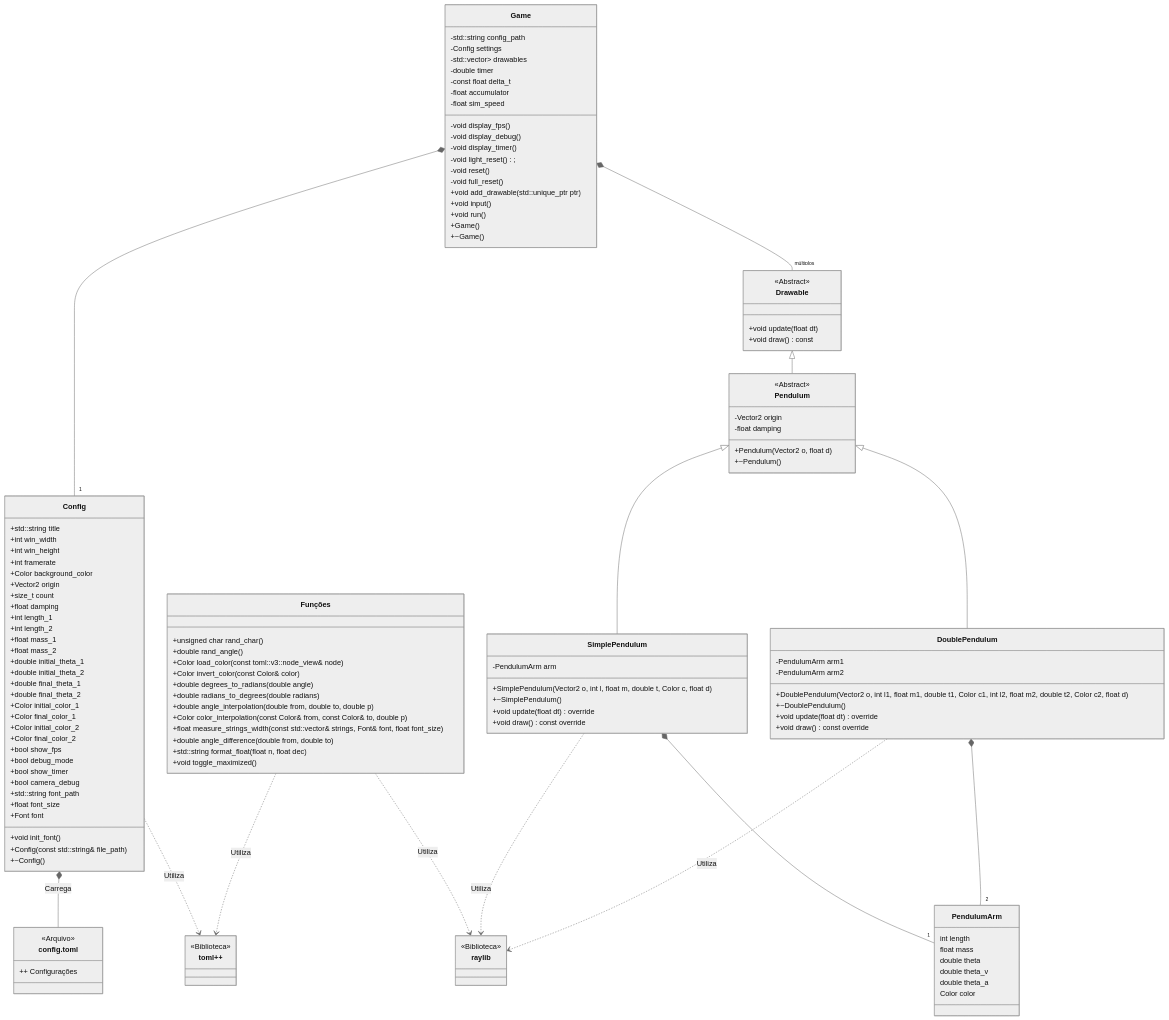
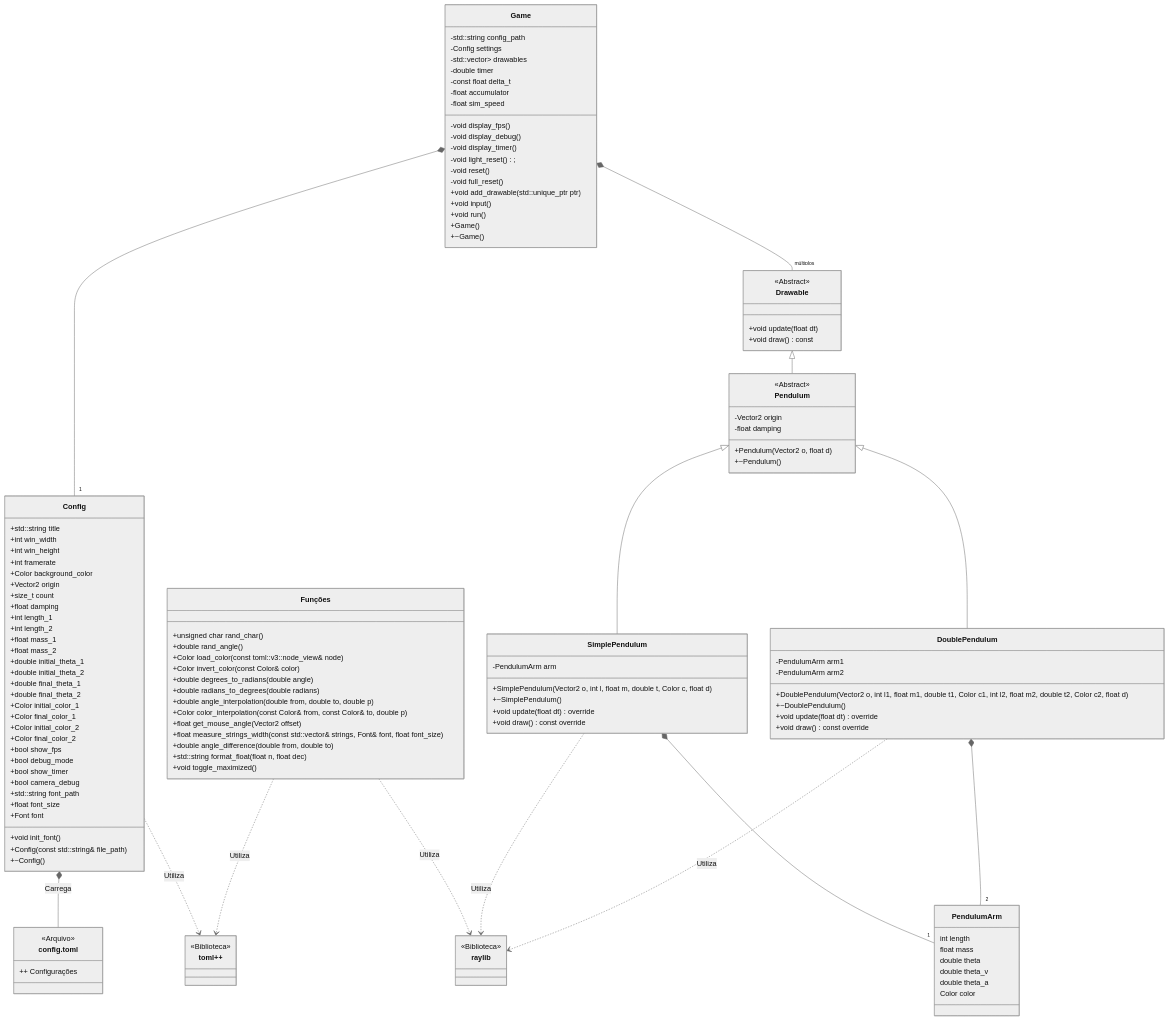
The diagram in readme.md (SamVeras/ChaoticDPends), drawn with Mermaid before and after one commit. The commit also changed other lines of this file and 3 other files, not shown here.

```diff
--- a/readme.md
+++ b/readme.md
@@ -203,6 +216,7 @@
       +double radians_to_degrees(double radians)
       +double angle_interpolation(double from, double to, double p)
       +Color color_interpolation(const Color& from, const Color& to, double p)
+      +float  get_mouse_angle(Vector2 offset)
       +float measure_strings_width(const std::vector<std::string>& strings, Font& font, float font_size)
       +double angle_difference(double from, double to)
       +std::string format_float(float n, float dec)
```
